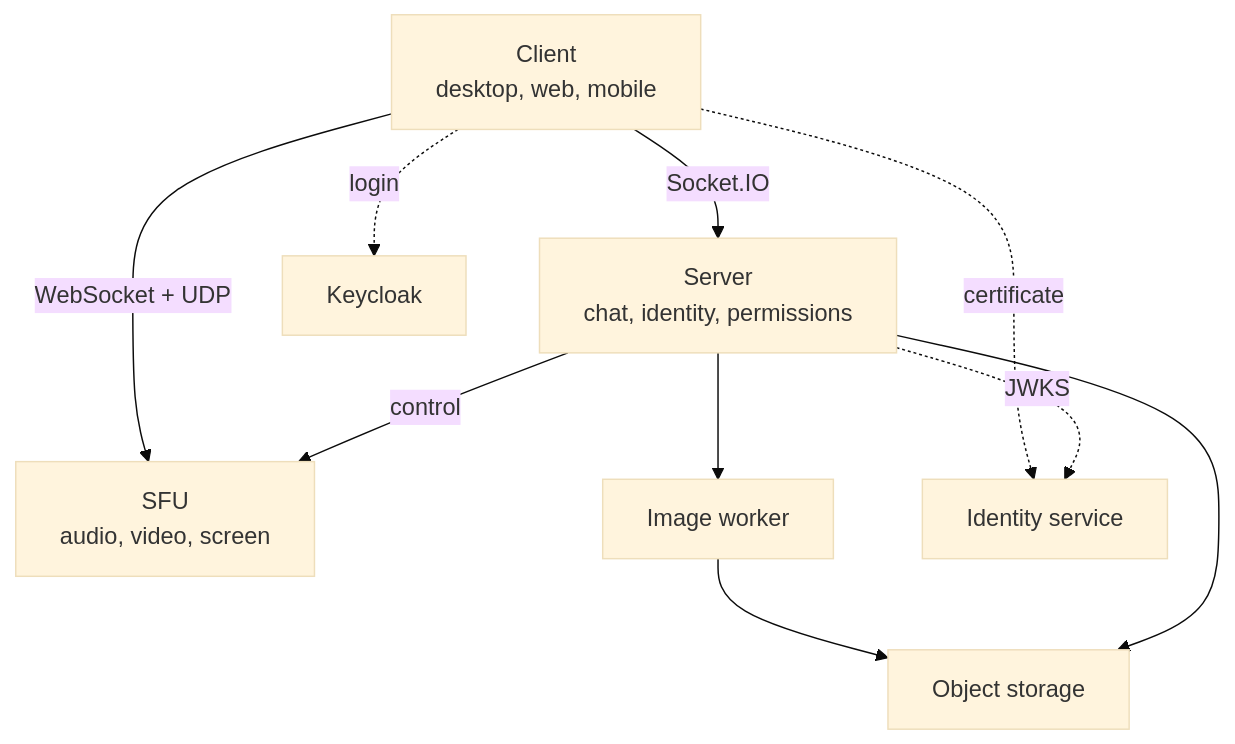
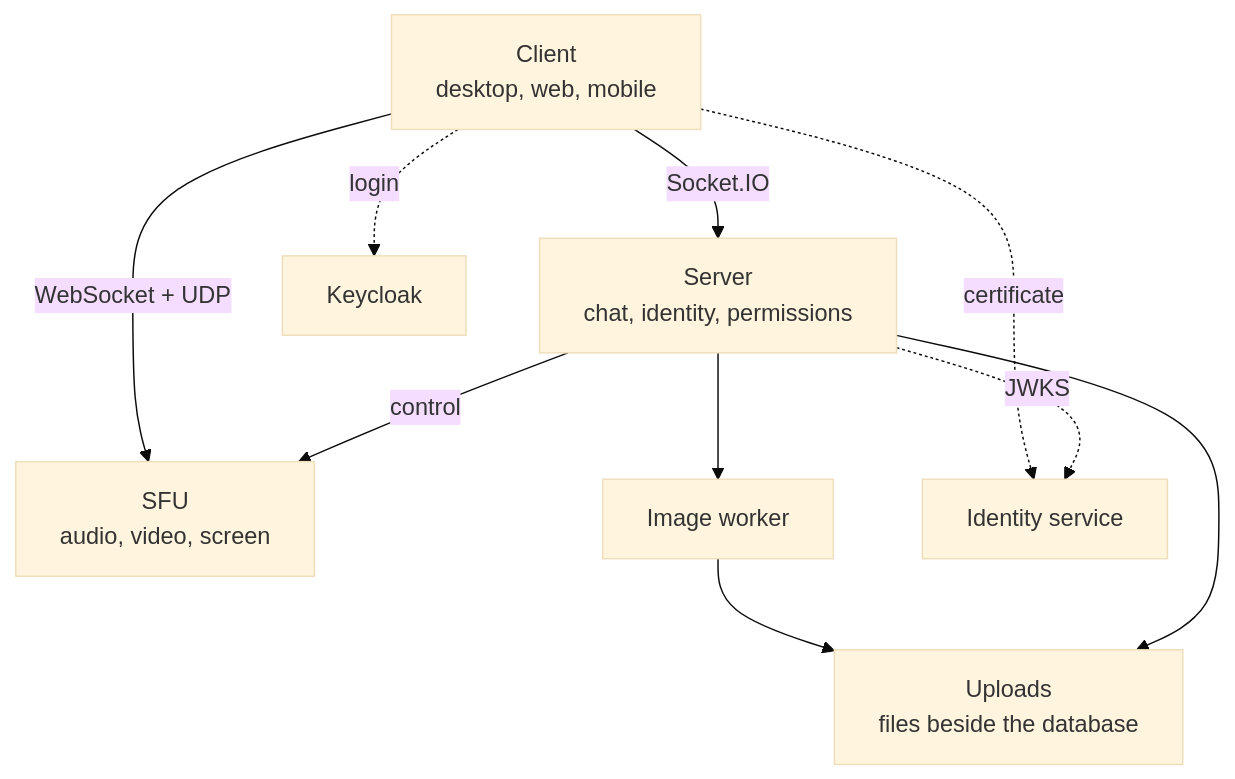
One commit to Gryt-chat/docs changed the first of 3 diagrams in content/docs/about/architecture.mdx. Above: the diagram before and after it, drawn with Mermaid (base theme). The commit also changed other lines of this file and 8 other files, not shown here.

````diff
--- a/content/docs/about/architecture.mdx
+++ b/content/docs/about/architecture.mdx
@@ -14,20 +14,20 @@
 ```mermaid
 graph TB
   C["Client<br/>desktop, web, mobile"]
   S["Server<br/>chat, identity, permissions"]
   SFU["SFU<br/>audio, video, screen"]
   IW["Image worker"]
-  OS["Object storage"]
+  OS["Uploads<br/>files beside the database"]
   K["Keycloak"]
   ID["Identity service"]
 
   C -->|"Socket.IO"| S
   C -->|"WebSocket + UDP"| SFU
   S -->|"control"| SFU
   S --> IW
   IW --> OS
   S --> OS
   C -.->|"login"| K
   C -.->|"certificate"| ID
   S -.->|"JWKS"| ID
 ```
````
